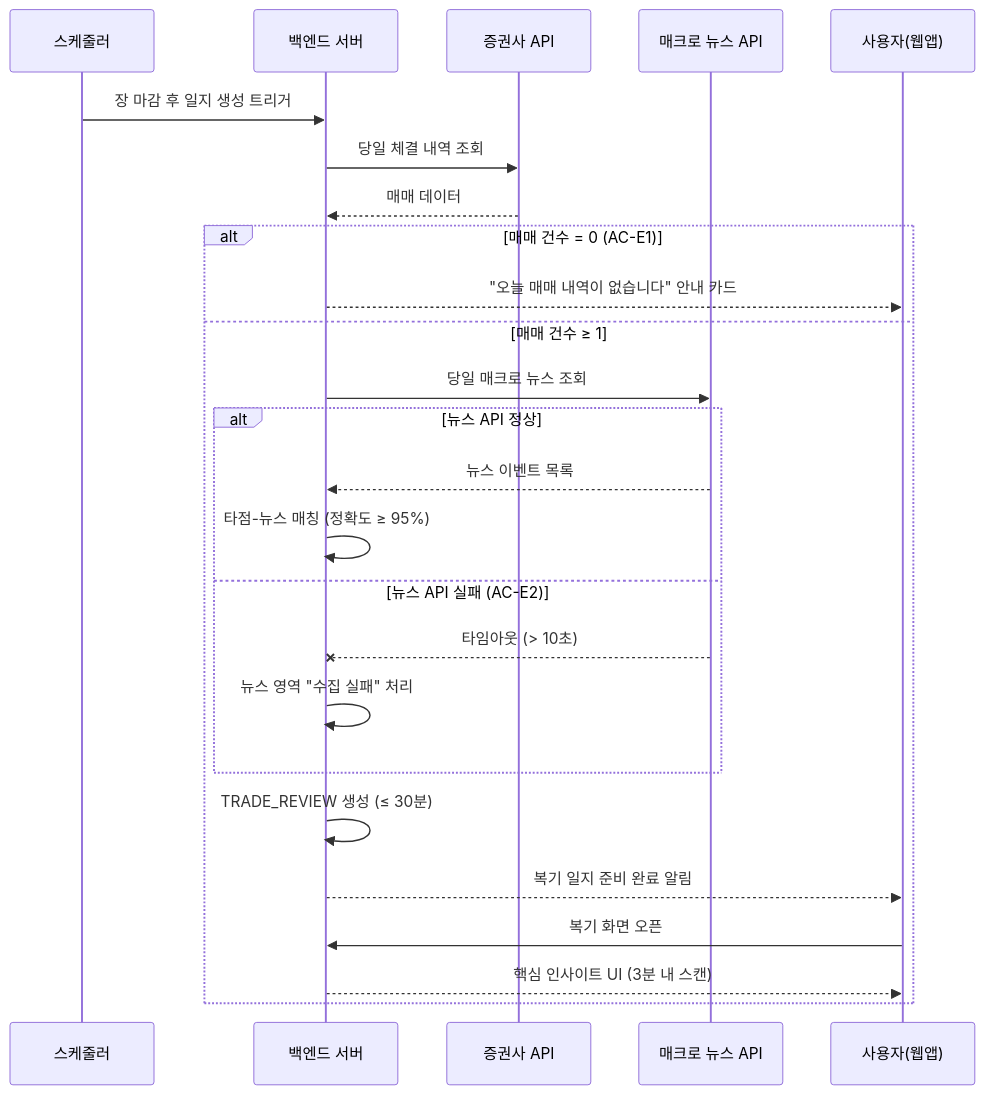
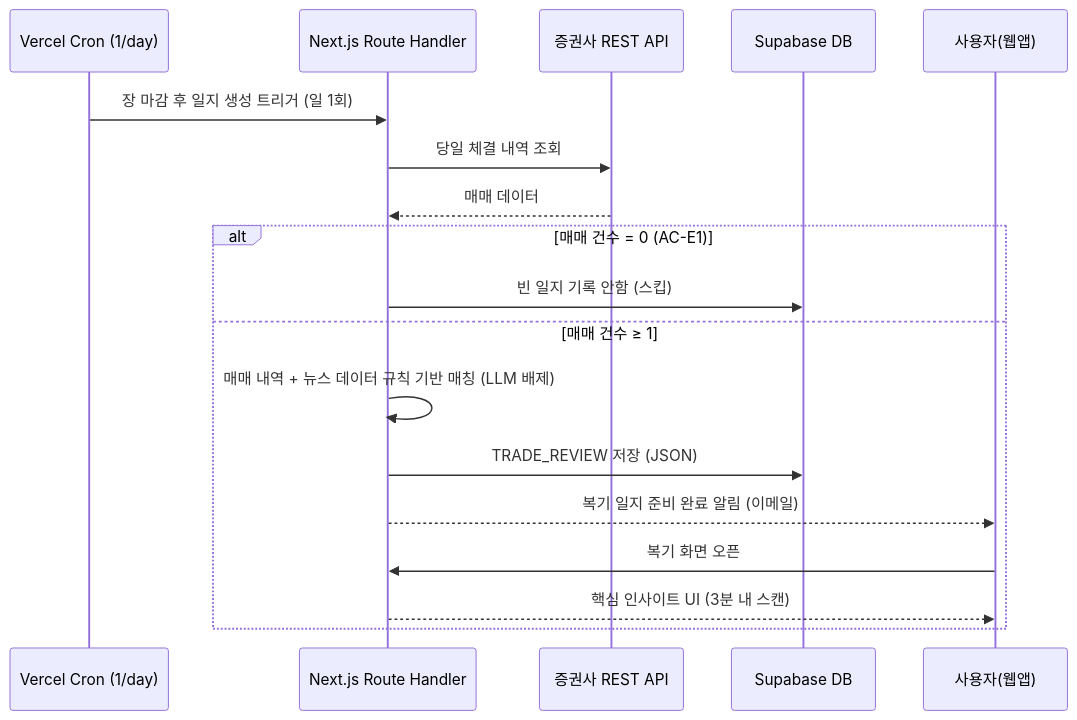
Before and after one commit to innovate5945/SRS-from-PRD-Youtuber: the fourth of 10 diagrams in SRS-Drafts/SRS_v0_1_Opus.md, drawn with Mermaid. The commit also changed other lines of this file and 5 other files, not shown here.

````diff
--- a/SRS-Drafts/SRS_v0_1_Opus.md
+++ b/SRS-Drafts/SRS_v0_1_Opus.md
@@ -300,29 +284,22 @@
 ```mermaid
 sequenceDiagram
-    participant SCH as 스케줄러
-    participant S as 백엔드 서버
-    participant B as 증권사 API
-    participant N as 매크로 뉴스 API
+    participant CRON as Vercel Cron (1/day)
+    participant S as Next.js Route Handler
+    participant B as 증권사 REST API
+    participant DB as Supabase DB
     participant U as 사용자(웹앱)
 
-    SCH->>S: 장 마감 후 일지 생성 트리거
+    CRON->>S: 장 마감 후 일지 생성 트리거 (일 1회)
     S->>B: 당일 체결 내역 조회
     B-->>S: 매매 데이터
 
     alt 매매 건수 = 0 (AC-E1)
-        S-->>U: "오늘 매매 내역이 없습니다" 안내 카드
+        S->>DB: 빈 일지 기록 안함 (스킵)
     else 매매 건수 ≥ 1
-        S->>N: 당일 매크로 뉴스 조회
-        alt 뉴스 API 정상
-            N-->>S: 뉴스 이벤트 목록
-            S->>S: 타점-뉴스 매칭 (정확도 ≥ 95%)
-        else 뉴스 API 실패 (AC-E2)
-            N--xS: 타임아웃 (> 10초)
-            S->>S: 뉴스 영역 "수집 실패" 처리
-        end
-        S->>S: TRADE_REVIEW 생성 (≤ 30분)
-        S-->>U: 복기 일지 준비 완료 알림
+        S->>S: 매매 내역 + 뉴스 데이터 규칙 기반 매칭 (LLM 배제)
+        S->>DB: TRADE_REVIEW 저장 (JSON)
+        S-->>U: 복기 일지 준비 완료 알림 (이메일)
         U->>S: 복기 화면 오픈
         S-->>U: 핵심 인사이트 UI (3분 내 스캔)
     end
 ```
````
